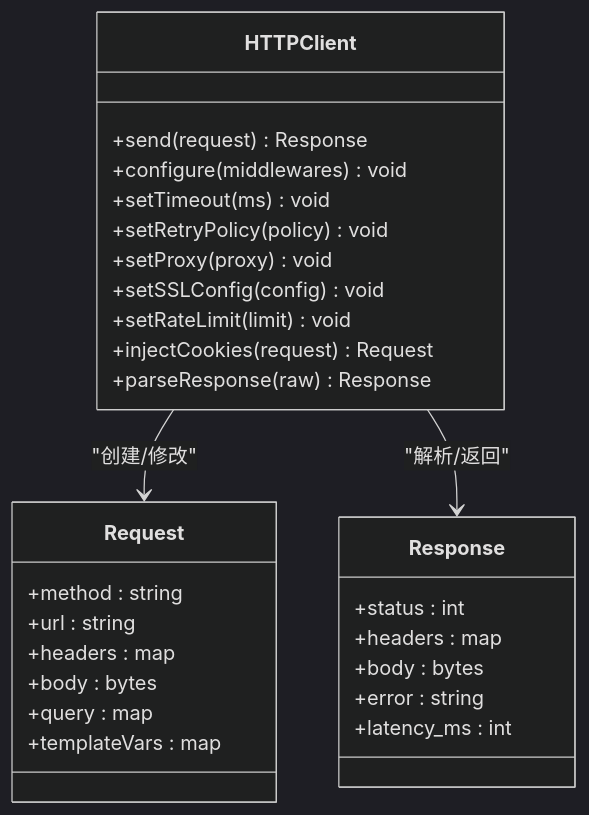
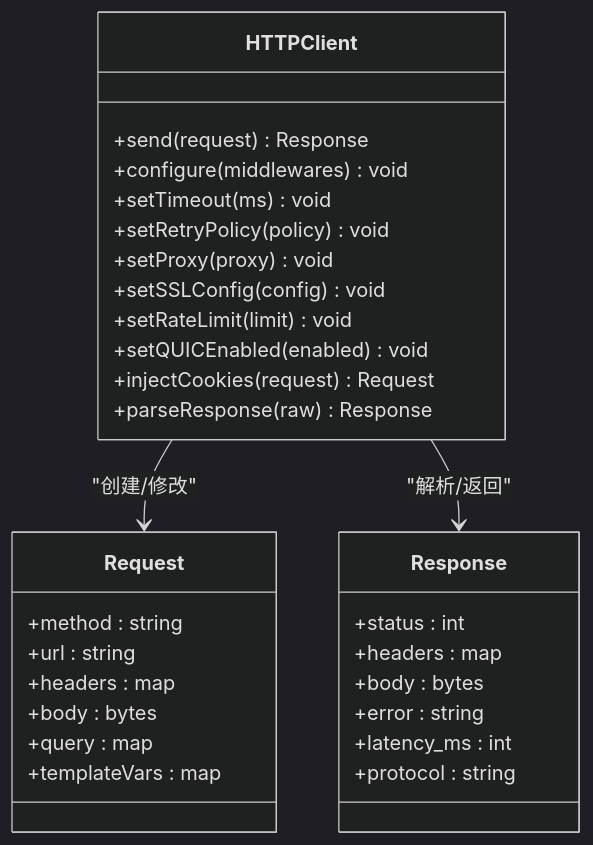
The third of 10 diagrams in .qoder/repowiki/zh/content/Rust核心库/网络层/网络层.md (ZhangGHGitHub/LegadoTeamFlutter), drawn with Mermaid (dark theme) before and after one commit. The commit also changed other lines of this file and 60 other files, not shown here.

````diff
--- a/.qoder/repowiki/zh/content/Rust核心库/网络层/网络层.md
+++ b/.qoder/repowiki/zh/content/Rust核心库/网络层/网络层.md
@@ -188,31 +216,33 @@
 ```mermaid
 classDiagram
 class HTTPClient {
 +send(request) Response
 +configure(middlewares) void
 +setTimeout(ms) void
 +setRetryPolicy(policy) void
 +setProxy(proxy) void
 +setSSLConfig(config) void
 +setRateLimit(limit) void
++setQUICEnabled(enabled) void
 +injectCookies(request) Request
 +parseResponse(raw) Response
 }
 class Request {
 +method : string
 +url : string
 +headers : map
 +body : bytes
 +query : map
 +templateVars : map
 }
 class Response {
 +status : int
 +headers : map
 +body : bytes
 +error : string
 +latency_ms : int
++protocol : string
 }
 HTTPClient --> Request : "创建/修改"
 HTTPClient --> Response : "解析/返回"
 ```
````
